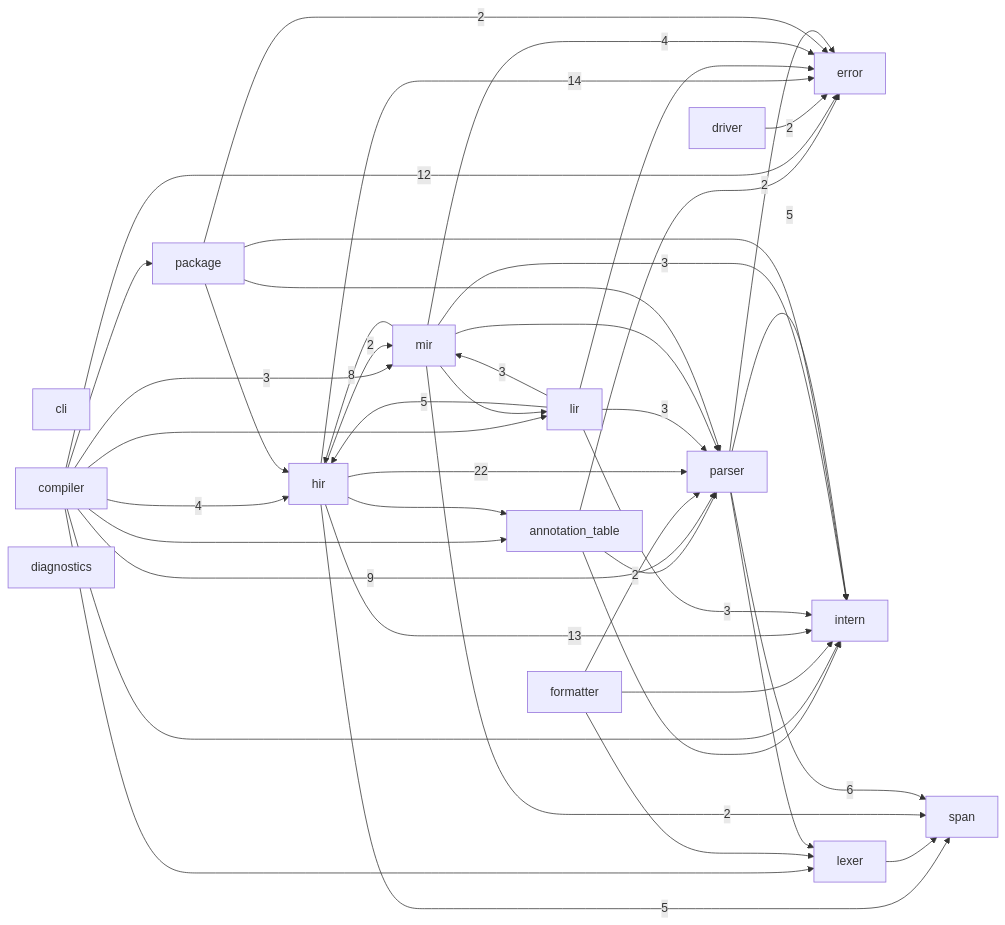
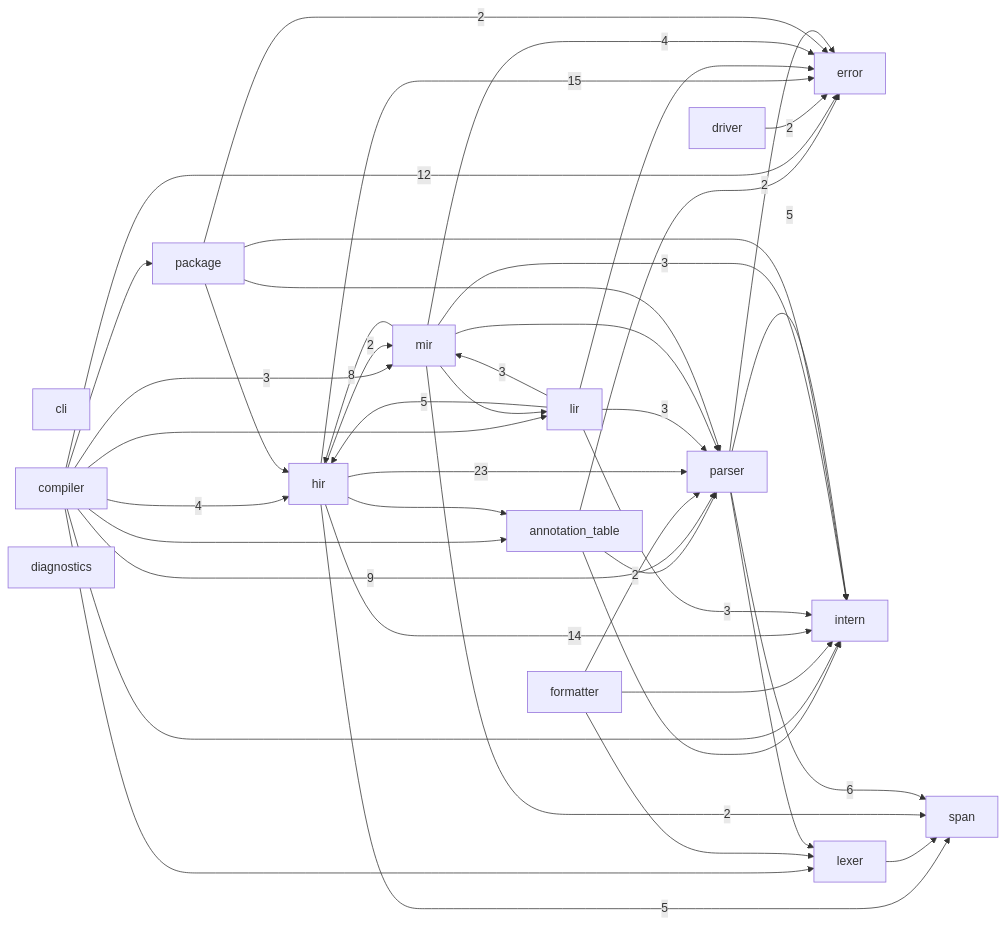
The diagram in docs/module-graph.md (ayanami1ei/Ayanami-language), drawn with Mermaid before and after one commit. The commit also changed other lines of this file and 12 other files, not shown here.

````diff
--- a/docs/module-graph.md
+++ b/docs/module-graph.md
@@ -6,60 +6,60 @@
 ```mermaid
 graph LR
     annotation_table
     cli
     compiler
     diagnostics
     driver
     error
     formatter
     hir
     intern
     lexer
     lir
     mir
     package
     parser
     span
     annotation_table --> error
     annotation_table --> intern
     annotation_table --> parser
     compiler --> annotation_table
     compiler -->|12| error
     compiler -->|4| hir
     compiler --> intern
     compiler --> lexer
     compiler --> lir
     compiler -->|3| mir
     compiler --> package
     compiler -->|9| parser
     driver -->|2| error
     formatter --> intern
     formatter --> lexer
     formatter -->|2| parser
     hir --> annotation_table
-    hir -->|14| error
-    hir -->|13| intern
+    hir -->|15| error
+    hir -->|14| intern
     hir -->|2| mir
-    hir -->|22| parser
+    hir -->|23| parser
     hir -->|5| span
     lexer --> span
     lir --> error
     lir -->|5| hir
     lir -->|3| intern
     lir -->|3| mir
     lir -->|3| parser
     mir -->|4| error
     mir -->|8| hir
     mir -->|3| intern
     mir --> lir
     mir --> parser
     mir -->|2| span
     package -->|2| error
     package --> hir
     package --> intern
     package --> parser
     parser -->|2| error
     parser -->|5| intern
     parser --> lexer
     parser -->|6| span
 ```
````
